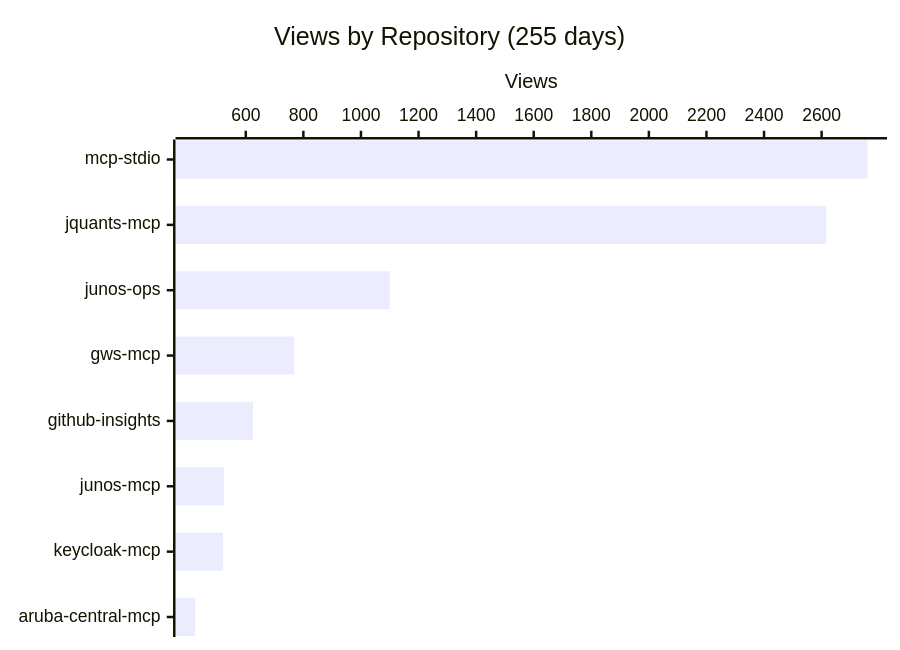
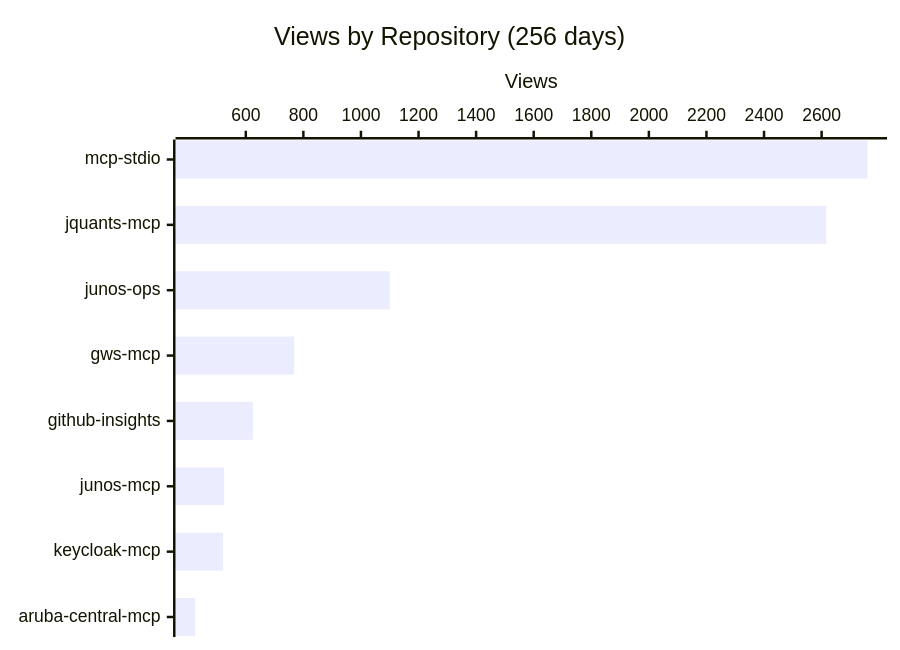
The first of 4 diagrams in README.md (shigechika/github-insights), drawn with Mermaid before and after one commit. The commit also changed other lines of this file and 1 other file, not shown here.

````diff
--- a/README.md
+++ b/README.md
@@ -18,7 +18,7 @@
 ```mermaid
 xychart-beta horizontal
-    title "Views by Repository (255 days)"
+    title "Views by Repository (256 days)"
     x-axis ["mcp-stdio", "jquants-mcp", "junos-ops", "gws-mcp", "github-insights", "junos-mcp", "keycloak-mcp", "aruba-central-mcp"]
     y-axis "Views"
     bar [2759, 2616, 1100, 768, 625, 525, 521, 424]
 ```
````
